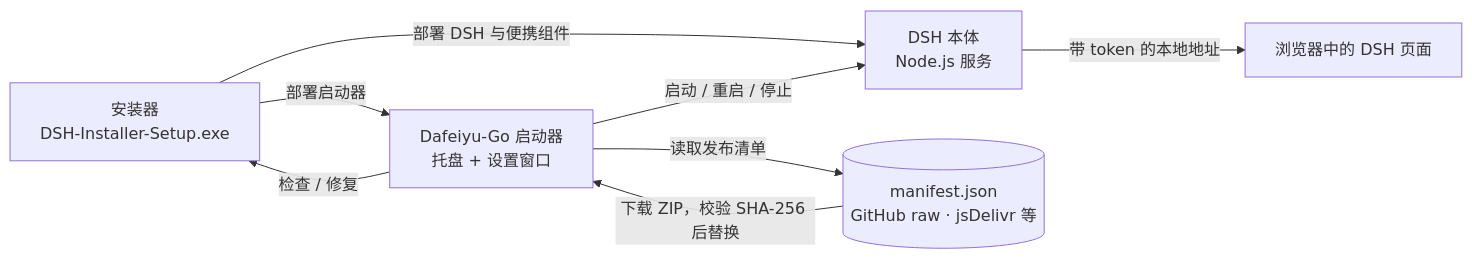
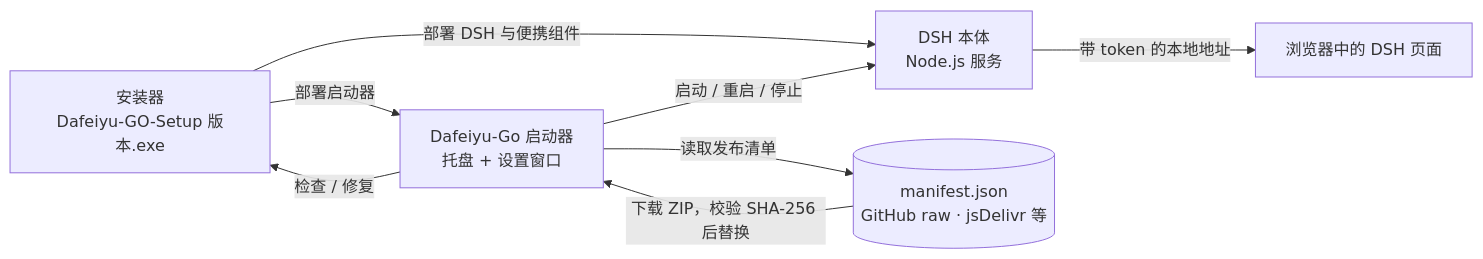
One commit to YunxiRamito/Dafeiyu-Go-DeepSeek-Harness-Click-To-Run changed the diagram in README.md. Above: the diagram before and after it, drawn with Mermaid. The commit also changed other lines of this file and 98 other files, not shown here.

````diff
--- a/README.md
+++ b/README.md
@@ -211,10 +211,10 @@
 ```mermaid
 flowchart LR
-    S["安装器<br/>DSH-Installer-Setup.exe"] -->|部署 DSH 与便携组件| D["DSH 本体<br/>Node.js 服务"]
+    S["安装器<br/>Dafeiyu-GO-Setup 版本.exe"] -->|部署 DSH 与便携组件| D["DSH 本体<br/>Node.js 服务"]
     S -->|部署启动器| L["Dafeiyu-Go 启动器<br/>托盘 + 设置窗口"]
     L -->|启动 / 重启 / 停止| D
     L -->|读取发布清单| M[("manifest.json<br/>GitHub raw · jsDelivr 等")]
     M -->|下载 ZIP，校验 SHA-256 后替换| L
     L -->|检查 / 修复| S
     D -->|带 token 的本地地址| B["浏览器中的 DSH 页面"]
 ```
````
